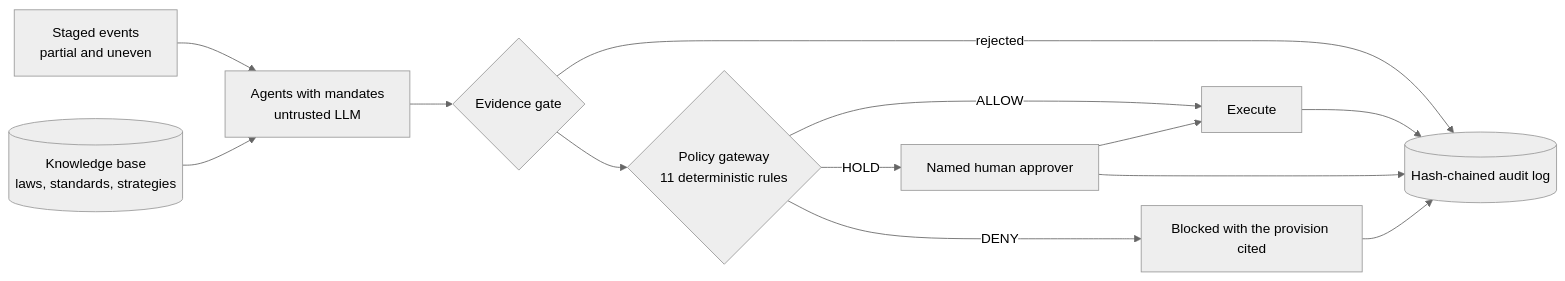
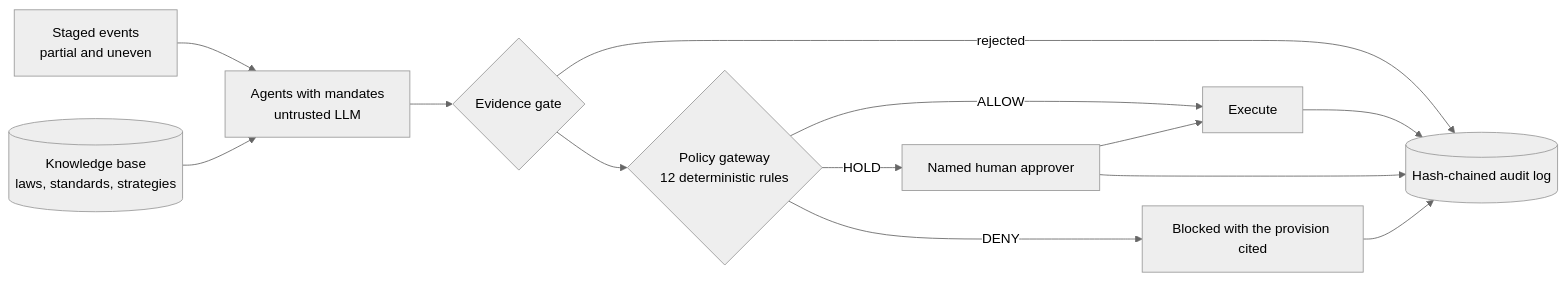
One commit to Strong-Ari/marsa changed the diagram in README.md. Above: the diagram before and after it, drawn with Mermaid (neutral theme). The commit also changed other lines of this file and 33 other files, not shown here.

Commit message:
Add Arabic law text, AI Charter, inclusion scenario, global comparison, after-action report and adviser search

````diff
--- a/README.md
+++ b/README.md
@@ -34,15 +34,15 @@
 ```mermaid
 flowchart LR
     A[Staged events<br/>partial and uneven] --> B[Agents with mandates<br/>untrusted LLM]
     K[(Knowledge base<br/>laws, standards, strategies)] --> B
     B --> C{Evidence gate}
     C -- rejected --> L
-    C --> D{Policy gateway<br/>11 deterministic rules}
+    C --> D{Policy gateway<br/>12 deterministic rules}
     D -- ALLOW --> E[Execute]
     D -- HOLD --> F[Named human approver]
     D -- DENY --> G[Blocked with the provision cited]
     F --> E
     E --> L[(Hash-chained audit log)]
     F --> L
     G --> L
 ```
````
